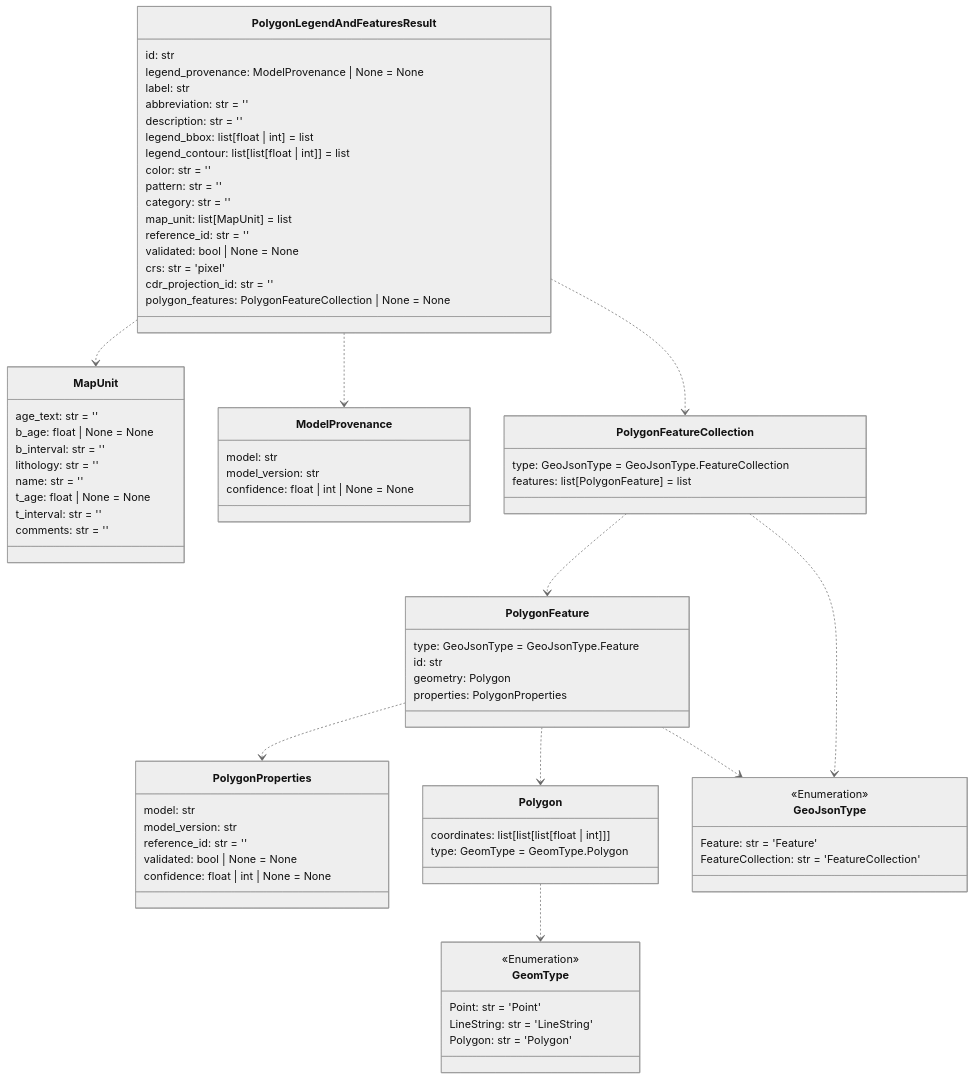
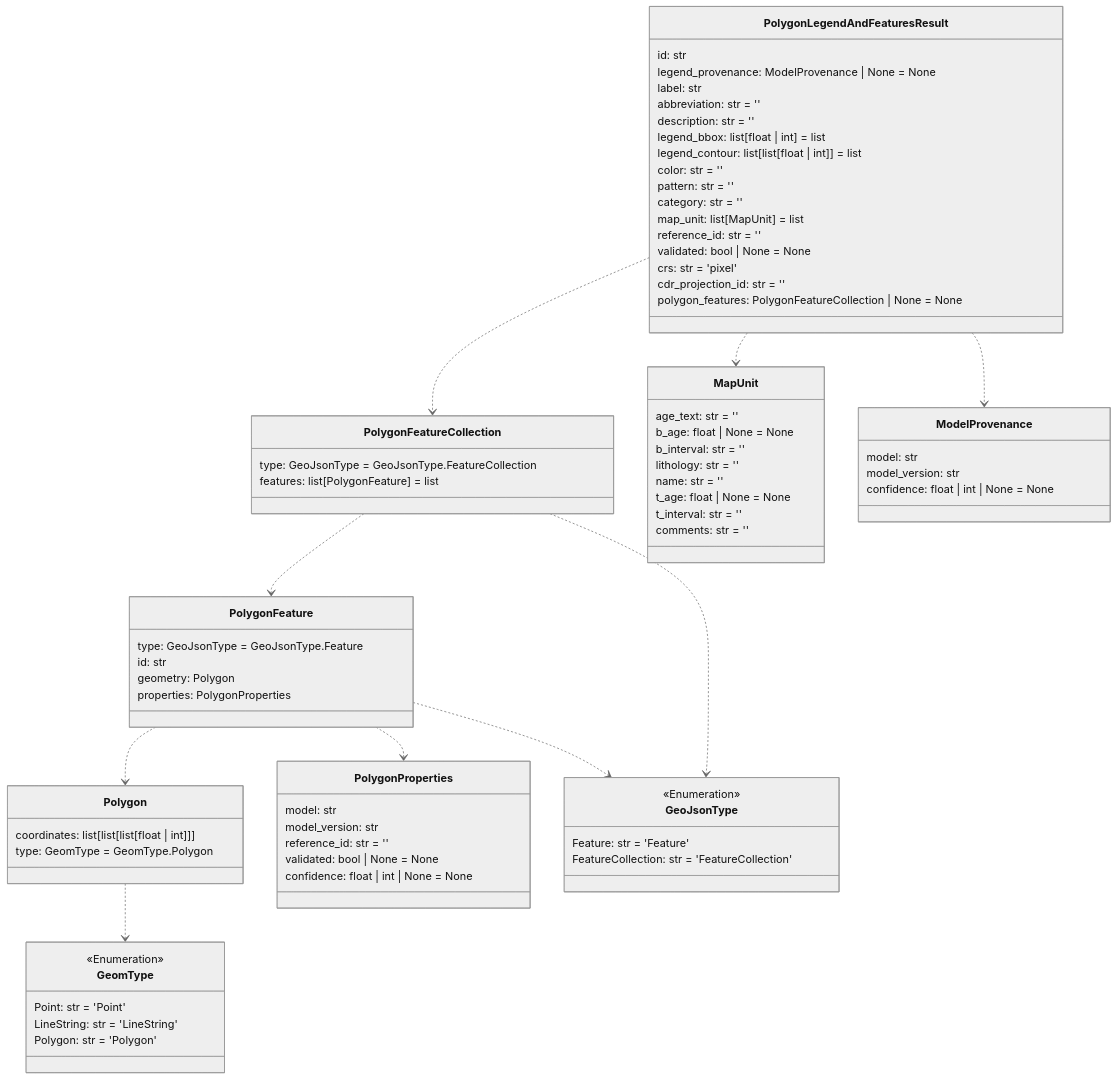
The seventh of 14 diagrams in README.md (DARPA-CRITICALMAAS/cdr_schemas), drawn with Mermaid (neutral theme) before and after one commit. The commit also changed other lines of this file and 3 other files, not shown here.

First line of the commit message:
Beak-TA3 BNN and SOM Schema Additions

````diff
--- a/README.md
+++ b/README.md
@@ -544,17 +544,14 @@
 ```mermaid
 classDiagram
 
-    class GeoJsonType {
-        <<Enumeration>>
-        Feature: str = 'Feature'
-        FeatureCollection: str = 'FeatureCollection'
+    class Polygon {
+        coordinates: list[list[list[float | int]]]
+        type: GeomType = GeomType.Polygon
     }
 
-    class GeomType {
-        <<Enumeration>>
-        Point: str = 'Point'
-        LineString: str = 'LineString'
-        Polygon: str = 'Polygon'
+    class PolygonFeatureCollection {
+        type: GeoJsonType = GeoJsonType.FeatureCollection
+        features: list[PolygonFeature] = list
     }
 
     class PolygonProperties {
@@ -565,11 +562,10 @@
         confidence: float | int | None = None
     }
 
-    class PolygonFeature {
-        type: GeoJsonType = GeoJsonType.Feature
-        id: str
-        geometry: Polygon
-        properties: PolygonProperties
+    class GeoJsonType {
+        <<Enumeration>>
+        Feature: str = 'Feature'
+        FeatureCollection: str = 'FeatureCollection'
     }
 
     class MapUnit {
@@ -583,20 +579,24 @@
         comments: str = ''
     }
 
-    class Polygon {
-        coordinates: list[list[list[float | int]]]
-        type: GeomType = GeomType.Polygon
+    class GeomType {
+        <<Enumeration>>
+        Point: str = 'Point'
+        LineString: str = 'LineString'
+        Polygon: str = 'Polygon'
+    }
+
+    class PolygonFeature {
+        type: GeoJsonType = GeoJsonType.Feature
+        id: str
+        geometry: Polygon
+        properties: PolygonProperties
     }
 
     class ModelProvenance {
         model: str
         model_version: str
         confidence: float | int | None = None
-    }
-
-    class PolygonFeatureCollection {
-        type: GeoJsonType = GeoJsonType.FeatureCollection
-        features: list[PolygonFeature] = list
     }
 
     class PolygonLegendAndFeaturesResult {
@@ -619,14 +619,14 @@
     }
 
     Polygon ..> GeomType
-    PolygonFeature ..> PolygonProperties
     PolygonFeature ..> Polygon
     PolygonFeature ..> GeoJsonType
+    PolygonFeature ..> PolygonProperties
     PolygonFeatureCollection ..> PolygonFeature
     PolygonFeatureCollection ..> GeoJsonType
     PolygonLegendAndFeaturesResult ..> MapUnit
+    PolygonLegendAndFeaturesResult ..> PolygonFeatureCollection
     PolygonLegendAndFeaturesResult ..> ModelProvenance
-    PolygonLegendAndFeaturesResult ..> PolygonFeatureCollection
 
 
 ```
````
